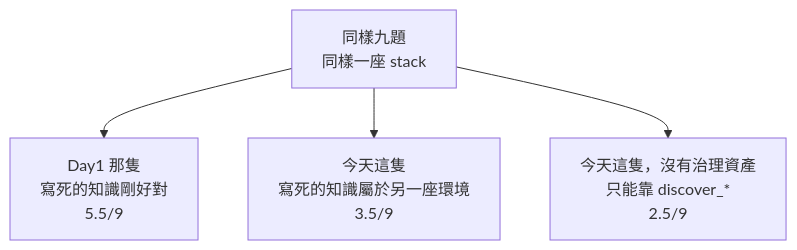
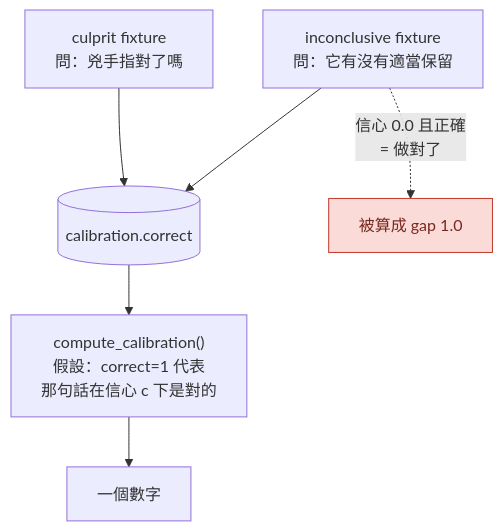
One commit to tedmax100/o11y-bench changed the third of 3 diagrams in weaver-demo/ironman-2026/day31.md. Above: the diagram before and after it, drawn with Mermaid. The commit also changed other lines of this file and 29 other files, not shown here.

````diff
--- a/weaver-demo/ironman-2026/day31.md
+++ b/weaver-demo/ironman-2026/day31.md
@@ -80,6 +221,11 @@
 ```mermaid
 flowchart TB
-    Q["同樣九題<br/>同樣一座 stack"] --> A["Day1 那隻<br/>寫死的知識剛好對<br/>5.5/9"]
-    Q --> B["今天這隻<br/>寫死的知識屬於另一座環境<br/>3.5/9"]
-    Q --> C["今天這隻，沒有治理資產<br/>只能靠 discover_*<br/>2.5/9"]
+    F1["culprit fixture<br/>問：兇手指對了嗎"] --> C[("calibration.correct")]
+    F2["inconclusive fixture<br/>問：它有沒有適當保留"] --> C
+    C --> M["compute_calibration()<br/>假設：correct=1 代表<br/>那句話在信心 c 下是對的"]
+    M --> N["一個數字"]
+    F2 -.->|"信心 0.0 且正確<br/>= 做對了"| BAD["被算成 gap 1.0"]
+
+    classDef bad fill:#fadbd8,stroke:#c0392b,color:#78281f
+    class BAD bad
 ```
````
